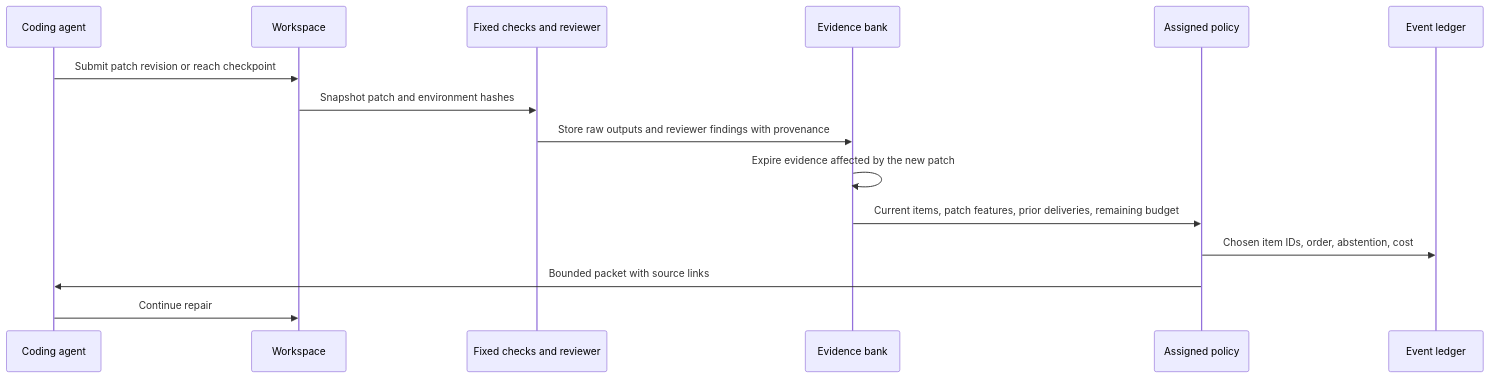
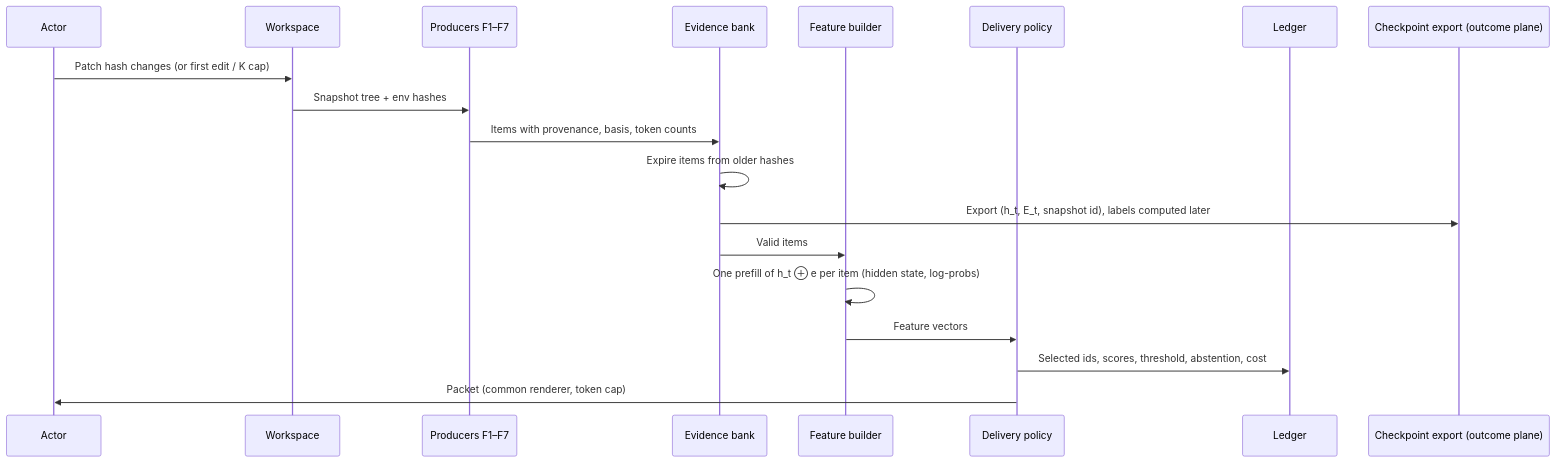
Before and after one commit to Abidur-Rahman-01/VERITAS: the second of 3 diagrams in docs/ARCHITECTURE.md, drawn with Mermaid. The commit also changed other lines of this file and 251 other files, not shown here.

Commit message:
updated architecture

````diff
--- a/docs/ARCHITECTURE.md
+++ b/docs/ARCHITECTURE.md
@@ -102,18 +309,22 @@
 ```mermaid
 sequenceDiagram
-  participant Agent as Coding agent
-  participant Repo as Workspace
-  participant Check as Fixed checks and reviewer
-  participant Bank as Evidence bank
-  participant Policy as Assigned policy
-  participant Log as Event ledger
+  participant A as Actor
+  participant W as Workspace
+  participant P as Producers F1–F7
+  participant B as Evidence bank
+  participant F as Feature builder
+  participant G as Delivery policy
+  participant L as Ledger
+  participant X as Checkpoint export (outcome plane)
 
-  Agent->>Repo: Submit patch revision or reach checkpoint
-  Repo->>Check: Snapshot patch and environment hashes
-  Check->>Bank: Store raw outputs and reviewer findings with provenance
-  Bank->>Bank: Expire evidence affected by the new patch
-  Bank->>Policy: Current items, patch features, prior deliveries, remaining budget
-  Policy->>Log: Chosen item IDs, order, abstention, cost
-  Policy->>Agent: Bounded packet with source links
-  Agent->>Repo: Continue repair
+  A->>W: Patch hash changes (or first edit / K cap)
+  W->>P: Snapshot tree + env hashes
+  P->>B: Items with provenance, basis, token counts
+  B->>B: Expire items from older hashes
+  B->>X: Export (h_t, E_t, snapshot id), labels computed later
+  B->>F: Valid items
+  F->>F: One prefill of h_t ⊕ e per item (hidden state, log-probs)
+  F->>G: Feature vectors
+  G->>L: Selected ids, scores, threshold, abstention, cost
+  G->>A: Packet (common renderer, token cap)
 ```
````
